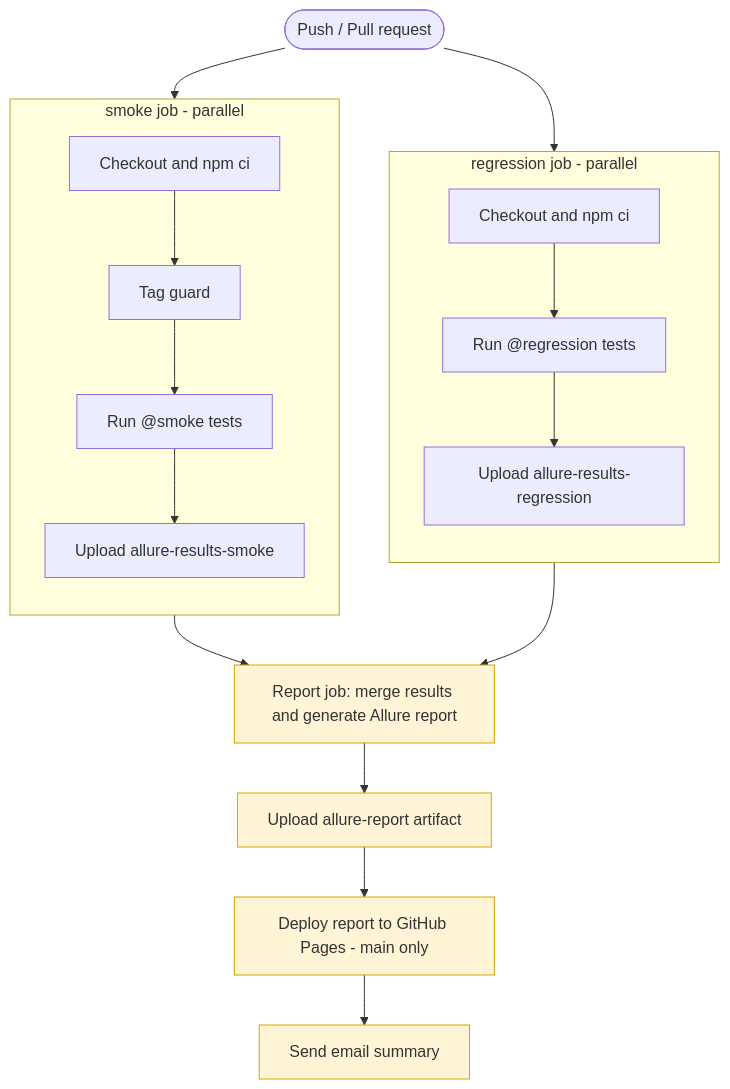
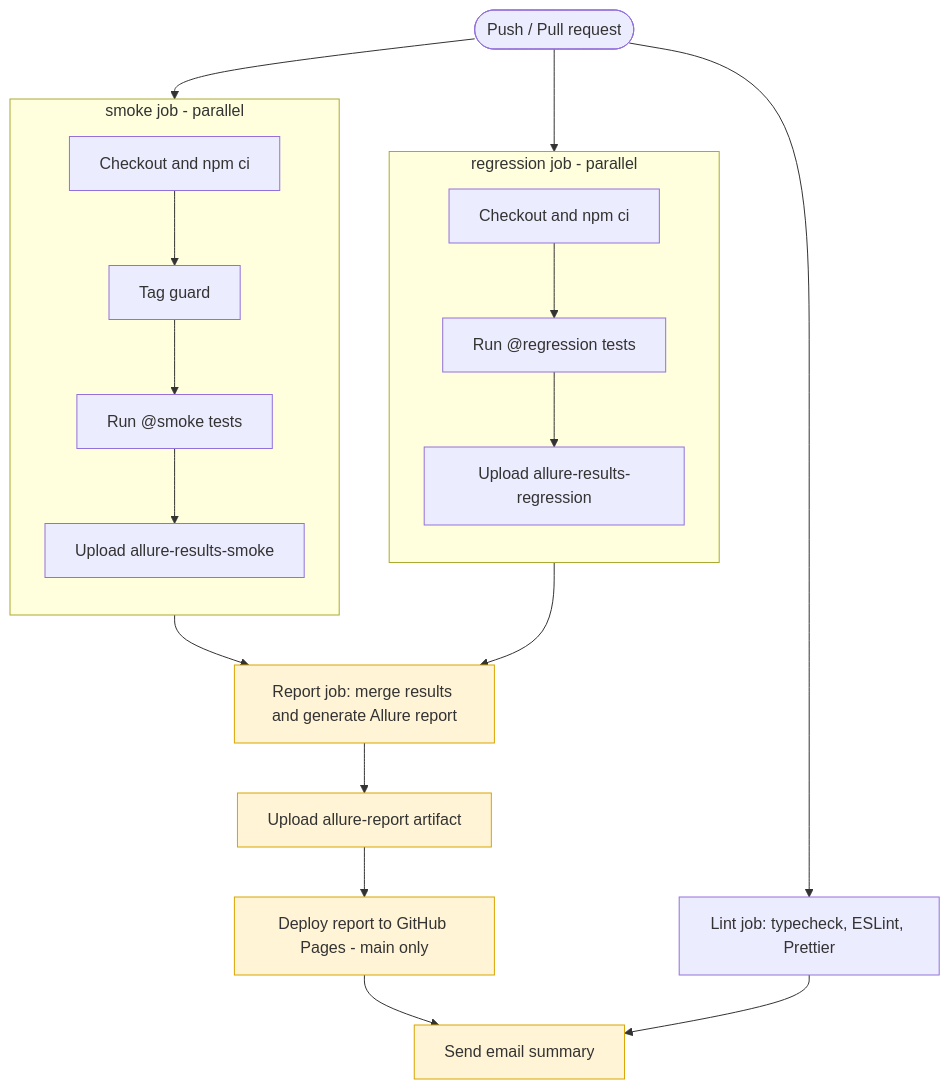
One commit to Lahiru66/Playwright-TS-Framework changed the diagram in README.md. Above: the diagram before and after it, drawn with Mermaid. The commit also changed other lines of this file and 11 other files, not shown here.

Commit message:
chore: add npm scripts, lint/typecheck/format checks and failure evidence

````diff
--- a/README.md
+++ b/README.md
@@ -111,24 +125,26 @@
 ```mermaid
 flowchart TD
     A([Push / Pull request]) --> S
     A --> R
+    A --> L[Lint job: typecheck, ESLint, Prettier]
 
     subgraph S [smoke job - parallel]
         direction TD
         S1[Checkout and npm ci] --> S2[Tag guard] --> S3["Run @smoke tests"] --> S4[Upload allure-results-smoke]
     end
 
     subgraph R [regression job - parallel]
         direction TD
         R1[Checkout and npm ci] --> R3["Run @regression tests"] --> R4[Upload allure-results-regression]
     end
 
     S --> M[Report job: merge results and generate Allure report]
     R --> M
     M --> H[Upload allure-report artifact]
     H --> J[Deploy report to GitHub Pages - main only]
     J --> I[Send email summary]
+    L --> I
 
     classDef always fill:#fff4d6,stroke:#d9a400,color:#333;
     class M,H,J,I always;
 ```
````
